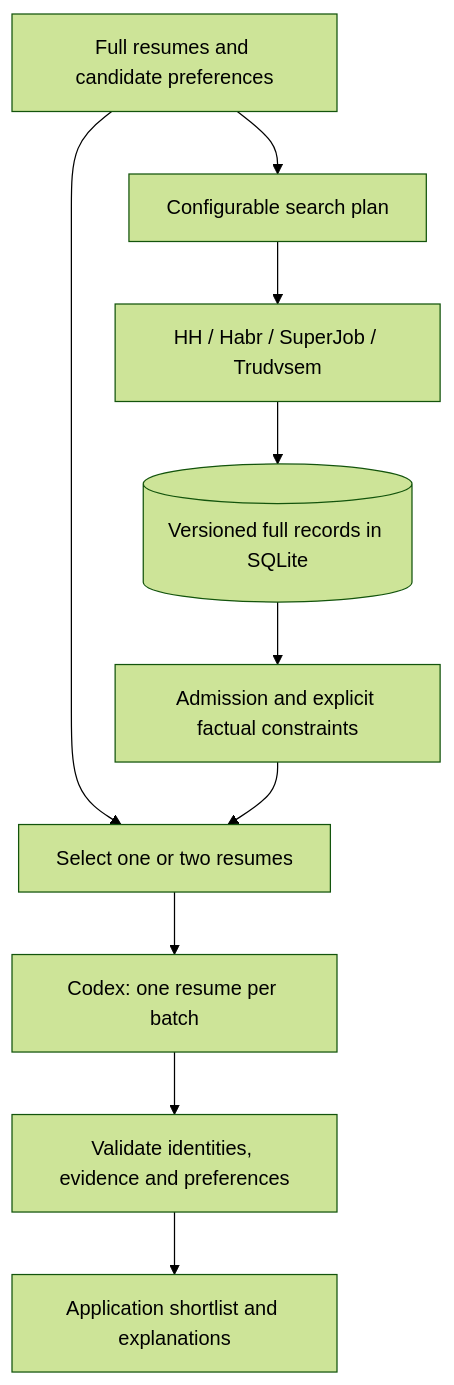
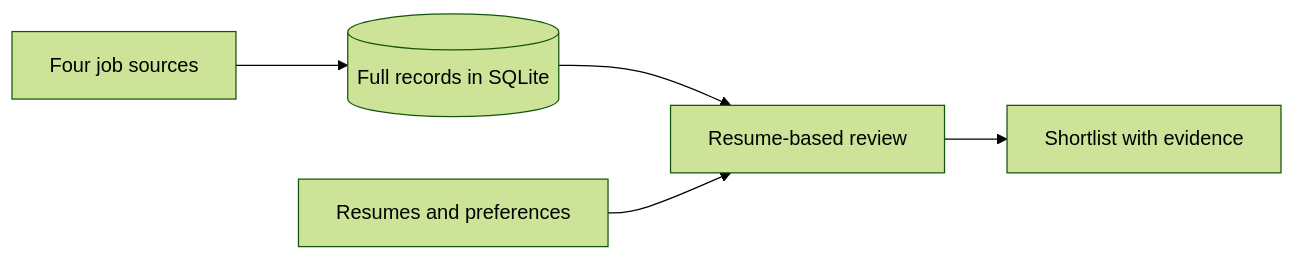
The diagram in case-studies/career-scout/README.md (timsmykov/timsmykov), drawn with Mermaid (forest theme) before and after one commit.

Commit message:
docs: simplify Career Scout overview diagram for GitHub

````diff
--- a/case-studies/career-scout/README.md
+++ b/case-studies/career-scout/README.md
@@ -28,12 +28,7 @@
 ```mermaid
-flowchart TD
-    C[Full resumes and candidate preferences] --> P[Configurable search plan]
-    P --> S[HH / Habr / SuperJob / Trudvsem]
-    S --> D[(Versioned full records in SQLite)]
-    D --> Q[Admission and explicit factual constraints]
-    C --> R[Select one or two resumes]
-    Q --> R
-    R --> E[Codex: one resume per batch]
-    E --> V[Validate identities, evidence and preferences]
-    V --> L[Application shortlist and explanations]
+flowchart LR
+    S[Four job sources] --> D[(Full records in SQLite)]
+    D --> R[Resume-based review]
+    C[Resumes and preferences] --> R
+    R --> L[Shortlist with evidence]
 ```
````
